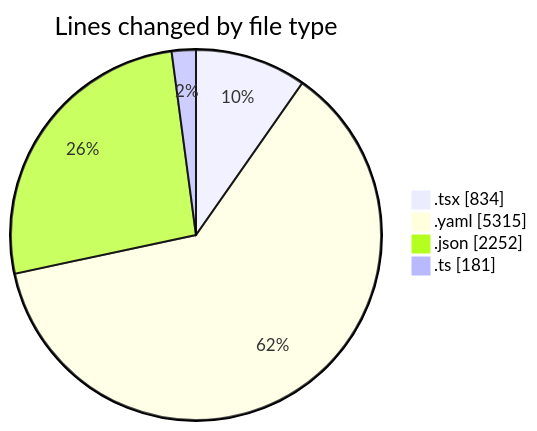
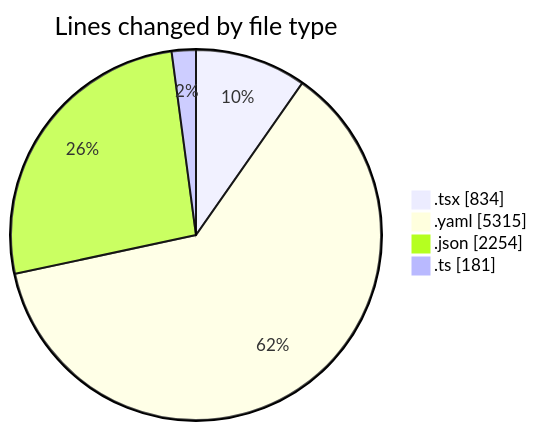
The first of 2 diagrams in 2025-11-07/eventscop-frontend-guide__workspace_/README.md (julien-gomy/code-tracking), drawn with Mermaid before and after one commit. The commit also changed other lines of this file and 1 other file, not shown here.

````diff
--- a/2025-11-07/eventscop-frontend-guide__workspace_/README.md
+++ b/2025-11-07/eventscop-frontend-guide__workspace_/README.md
@@ -34,8 +34,8 @@
 ```mermaid
 pie showData
 title Lines changed by file type
 ".tsx" : 834
 ".yaml" : 5315
-".json" : 2252
+".json" : 2254
 ".ts" : 181
 ```
````
